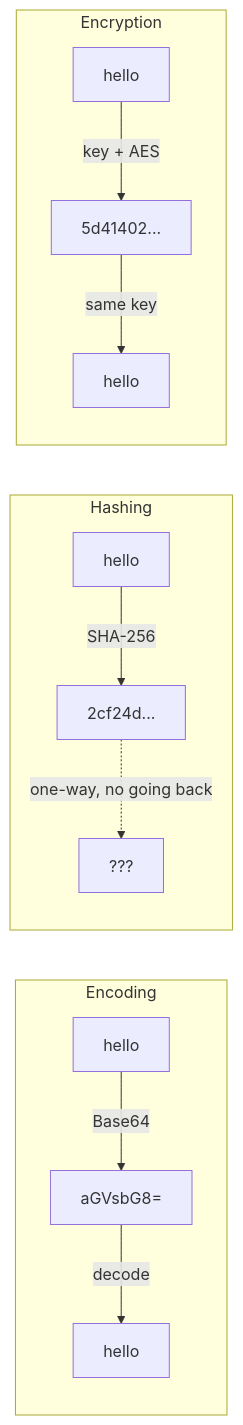
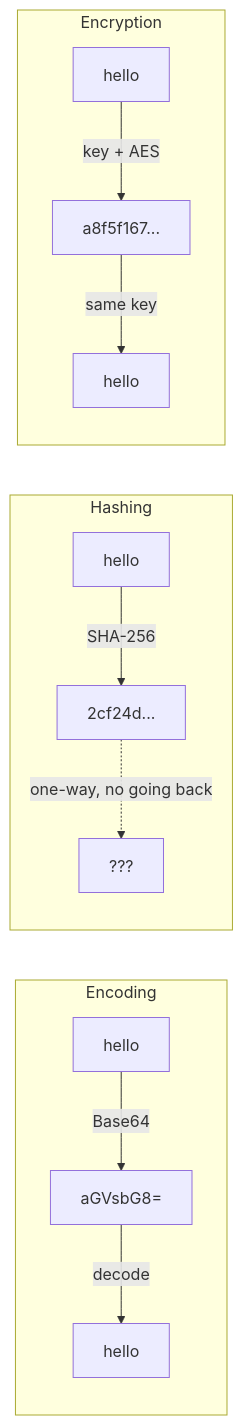
Before and after one commit to Njack-IITP/CSEC-HELLO-WORLD-2026: the diagram in internet/DAY3.md, drawn with Mermaid. The commit also changed 10 other files, not shown here.

````diff
--- a/internet/DAY3.md
+++ b/internet/DAY3.md
@@ -19,15 +19,15 @@
 ```mermaid
 flowchart LR
     subgraph Encoding
         E1["hello"] -->|"Base64"| E2["aGVsbG8="]
         E2 -->|"decode"| E3["hello"]
     end
     subgraph Hashing
         H1["hello"] -->|"SHA-256"| H2["2cf24d..."]
         H2 -.->|"one-way, no going back"| H3["???"]
     end
     subgraph Encryption
-        C1["hello"] -->|"key + AES"| C2["5d41402..."]
+        C1["hello"] -->|"key + AES"| C2["a8f5f167..."]
         C2 -->|"same key"| C3["hello"]
     end
 ```
````
